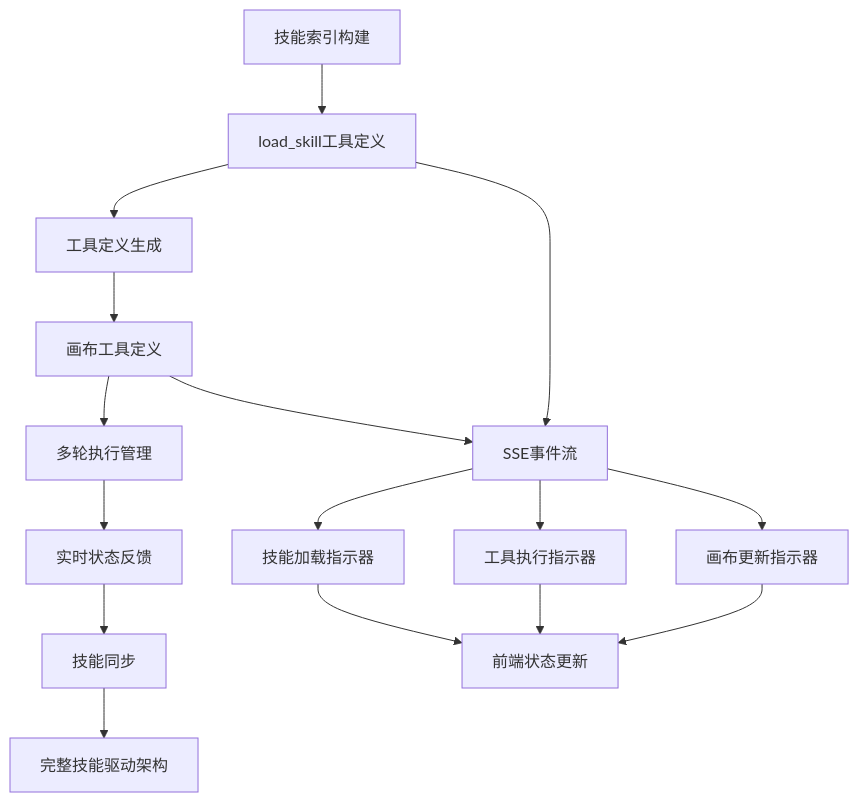
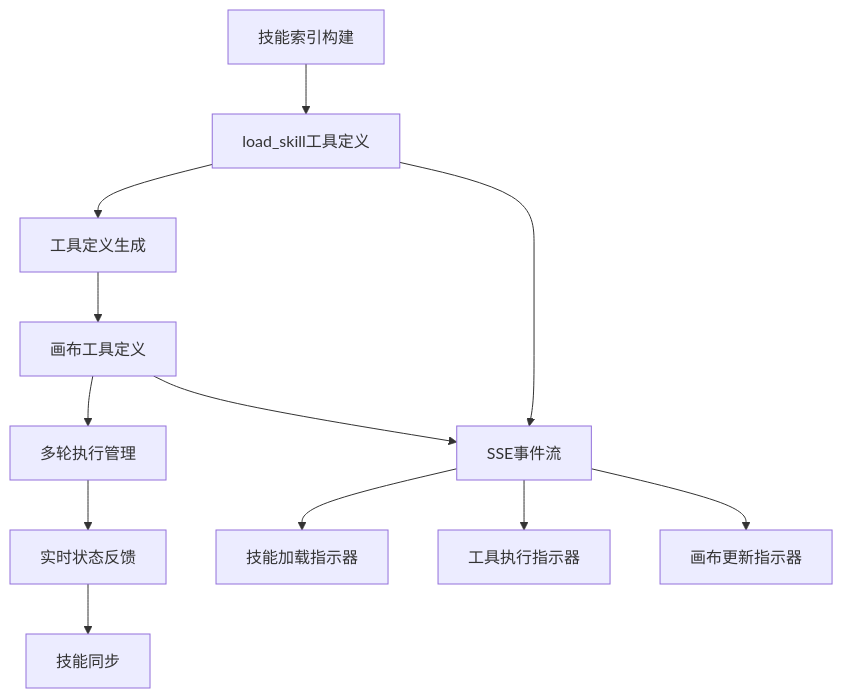
Before and after one commit to KunLabAI/KunFlix: the tenth of 16 diagrams in .qoder/repowiki/zh/content/后端开发指南/API路由系统/聊天交互API.md, drawn with Mermaid. The commit also changed other lines of this file and 29 other files, not shown here.

````diff
--- a/.qoder/repowiki/zh/content/后端开发指南/API路由系统/聊天交互API.md
+++ b/.qoder/repowiki/zh/content/后端开发指南/API路由系统/聊天交互API.md
@@ -383,18 +474,14 @@
 ```mermaid
 flowchart TD
 SkillIndex["技能索引构建"] --> LoadSkill["load_skill工具定义"]
 LoadSkill --> ToolDefs["工具定义生成"]
 ToolDefs --> CanvasDefs["画布工具定义"]
 CanvasDefs --> MultiRound["多轮执行管理"]
 MultiRound --> RealTime["实时状态反馈"]
 RealTime --> SkillSync["技能同步"]
-SkillSync --> Complete["完整技能驱动架构"]
 LoadSkill --> SSE["SSE事件流"]
 CanvasDefs --> SSE
 SSE --> SkillLoading["技能加载指示器"]
 SSE --> ToolExecution["工具执行指示器"]
 SSE --> CanvasUpdate["画布更新指示器"]
-SkillLoading --> UI["前端状态更新"]
-ToolExecution --> UI
-CanvasUpdate --> UI
 ```
````
